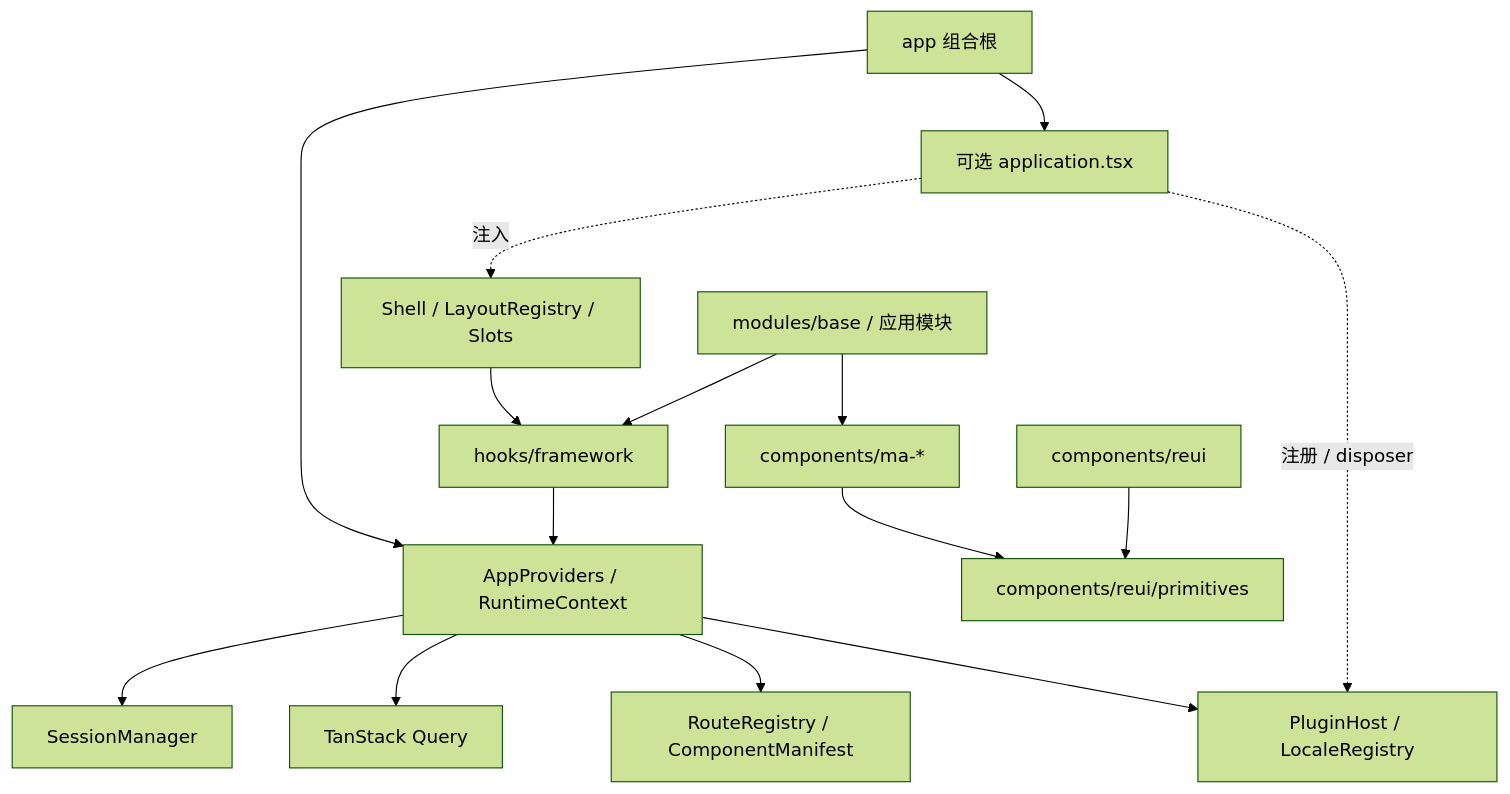
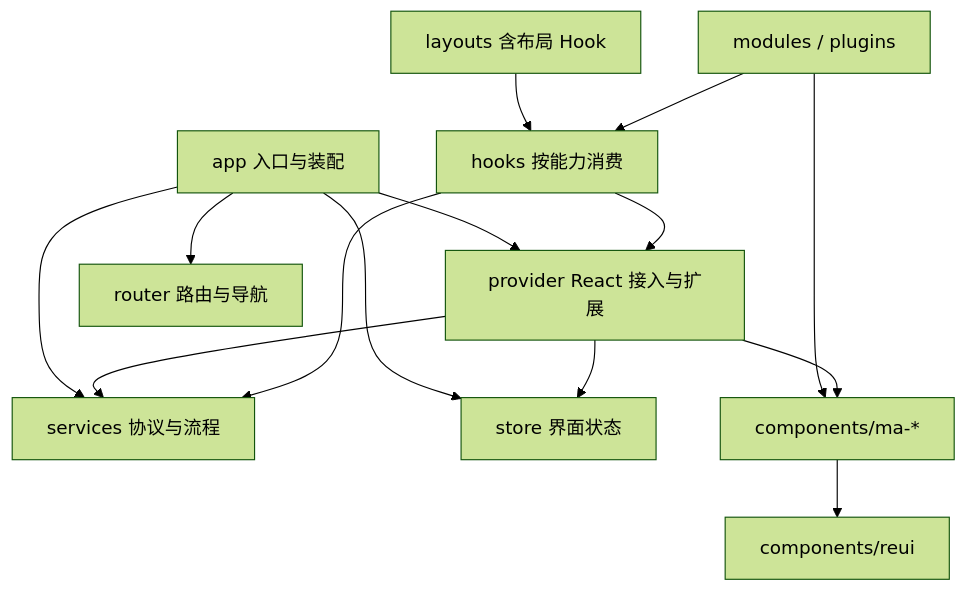
One commit to westng/MineAdmin-React changed the diagram in ARCHITECTURE.md. Above: the diagram before and after it, drawn with Mermaid (forest theme). The commit also changed other lines of this file and 463 other files, not shown here.

Commit message:
refactor: isolate application runtime and normalize frontend modules

````diff
--- a/ARCHITECTURE.md
+++ b/ARCHITECTURE.md
@@ -7,17 +9,16 @@
 ```mermaid
 flowchart TD
-  App[app 组合根] --> Providers[AppProviders / RuntimeContext]
-  App --> Adapter[可选 application.tsx]
-  Providers --> Session[SessionManager]
-  Providers --> Query[TanStack Query]
-  Providers --> Router[RouteRegistry / ComponentManifest]
-  Providers --> Host[PluginHost / LocaleRegistry]
-  FrameworkHooks[hooks/framework] --> Providers
-  Shell[Shell / LayoutRegistry / Slots] --> FrameworkHooks
-  Features[modules/base / 应用模块] --> FrameworkHooks
-  Features --> Ma[components/ma-*]
-  Ma --> Primitives[components/reui/primitives]
-  ReUI[components/reui] --> Primitives
-  Adapter -. 注册 / disposer .-> Host
-  Adapter -. 注入 .-> Shell
+  App[app 入口与装配] --> Provider[provider React 接入与扩展]
+  App --> Services[services 协议与流程]
+  App --> Store[store 界面状态]
+  App --> Router[router 路由与导航]
+  Provider --> Services
+  Provider --> Store
+  Hooks[hooks 按能力消费] --> Provider
+  Hooks --> Services
+  Layouts[layouts 含布局 Hook] --> Hooks
+  Modules[modules / plugins] --> Hooks
+  Modules --> Ma[components/ma-*]
+  Provider --> Ma
+  Ma --> UI[components/reui]
 ```
````
